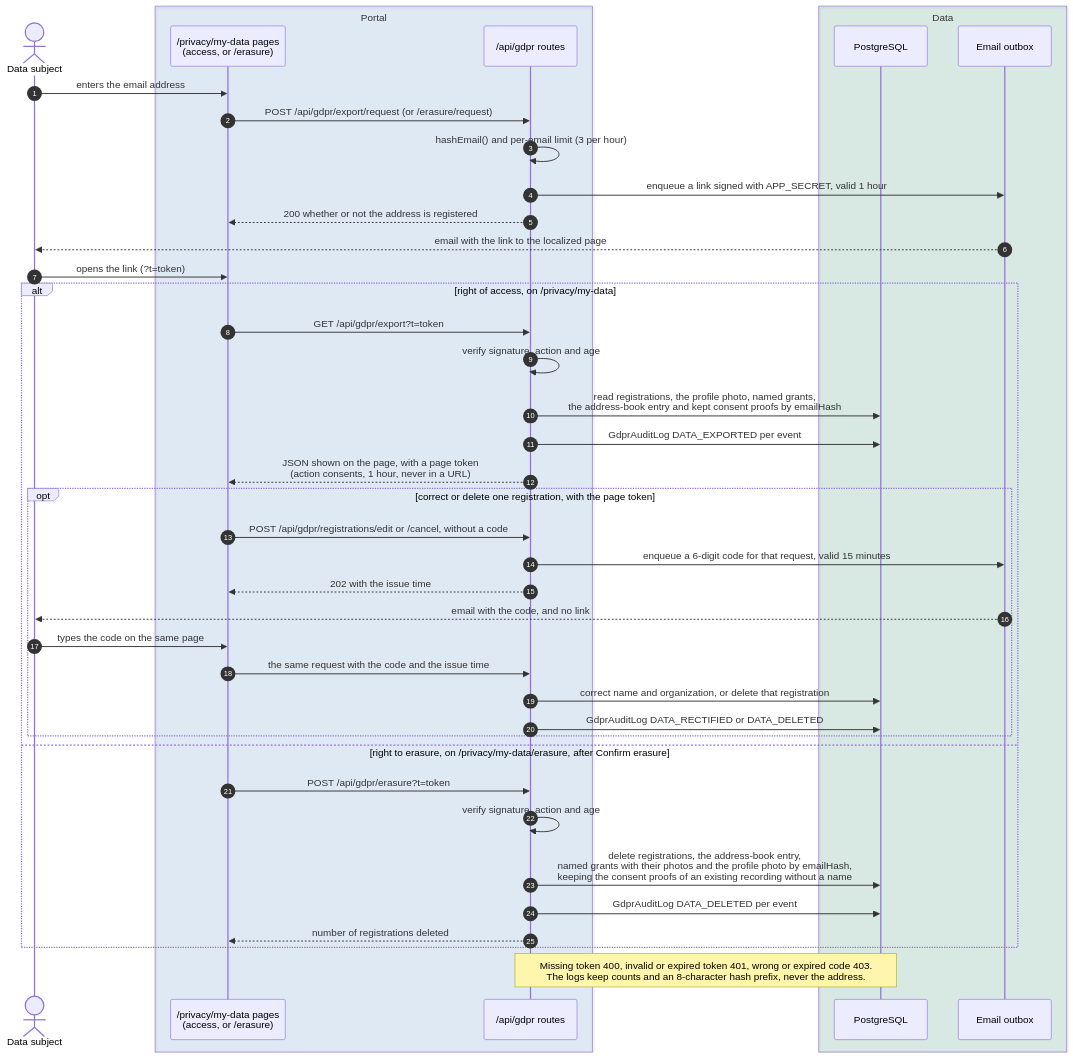
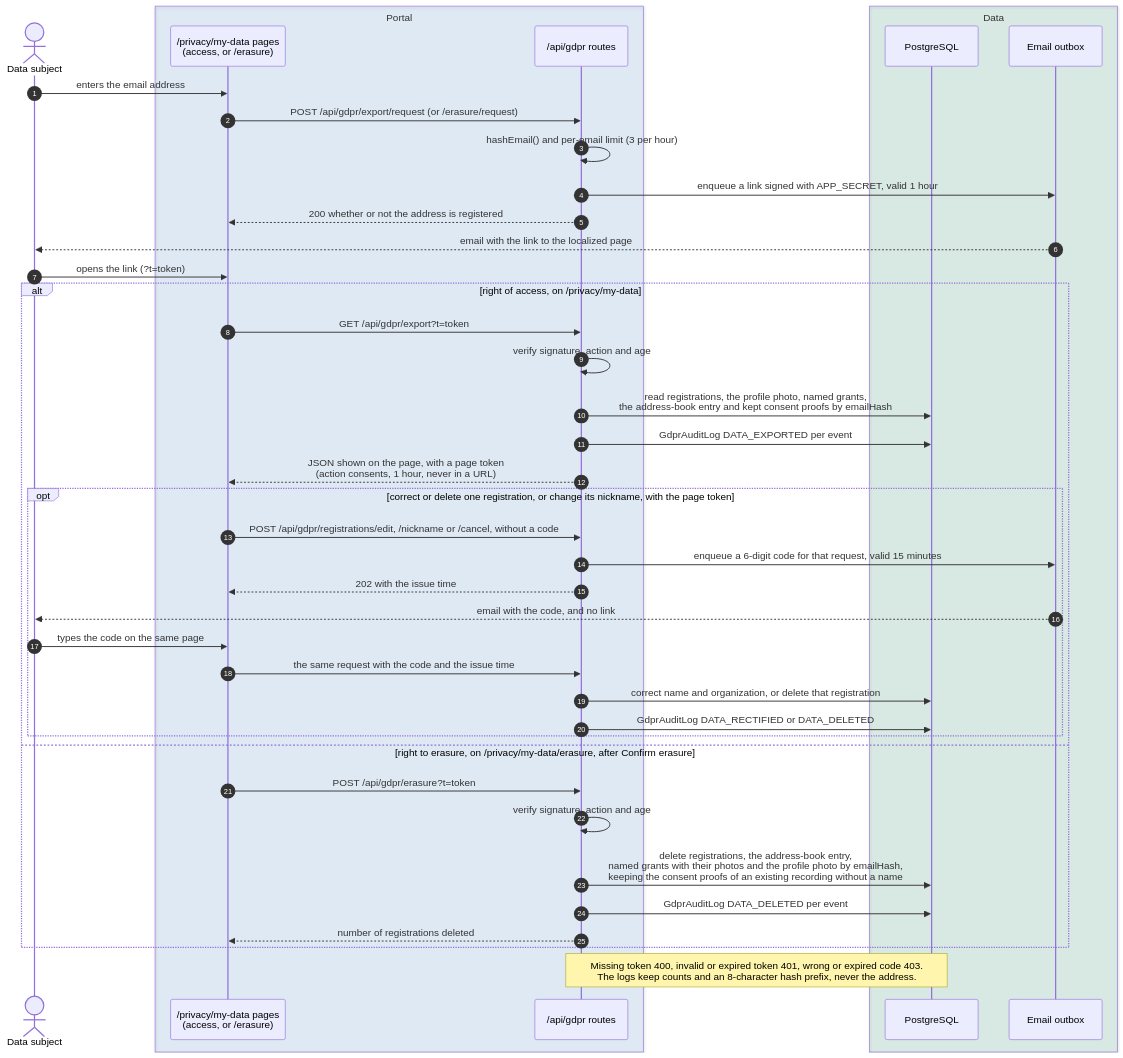
One commit to italia/pa-webinar changed the third of 3 diagrams in docs/GDPR.md. Above: the diagram before and after it, drawn with Mermaid. The commit also changed other lines of this file and 39 other files, not shown here.

````diff
--- a/docs/GDPR.md
+++ b/docs/GDPR.md
@@ -483,45 +483,45 @@
 ```mermaid
 sequenceDiagram
   autonumber
   actor P as Data subject
   box rgba(0,102,204,0.10) Portal
     participant W as /privacy/my-data pages<br/>(access, or /erasure)
     participant API as /api/gdpr routes
   end
   box rgba(0,128,85,0.12) Data
     participant DB as PostgreSQL
     participant OB as Email outbox
   end
 
   P->>W: enters the email address
   W->>API: POST /api/gdpr/export/request (or /erasure/request)
   API->>API: hashEmail() and per-email limit (3 per hour)
   API->>OB: enqueue a link signed with APP_SECRET, valid 1 hour
   API-->>W: 200 whether or not the address is registered
   OB-->>P: email with the link to the localized page
   P->>W: opens the link (?t=token)
   alt right of access, on /privacy/my-data
     W->>API: GET /api/gdpr/export?t=token
     API->>API: verify signature, action and age
     API->>DB: read registrations, the profile photo, named grants,<br/>the address-book entry and kept consent proofs by emailHash
     API->>DB: GdprAuditLog DATA_EXPORTED per event
     API-->>W: JSON shown on the page, with a page token<br/>(action consents, 1 hour, never in a URL)
-    opt correct or delete one registration, with the page token
-      W->>API: POST /api/gdpr/registrations/edit or /cancel, without a code
+    opt correct or delete one registration, or change its nickname, with the page token
+      W->>API: POST /api/gdpr/registrations/edit, /nickname or /cancel, without a code
       API->>OB: enqueue a 6-digit code for that request, valid 15 minutes
       API-->>W: 202 with the issue time
       OB-->>P: email with the code, and no link
       P->>W: types the code on the same page
       W->>API: the same request with the code and the issue time
       API->>DB: correct name and organization, or delete that registration
       API->>DB: GdprAuditLog DATA_RECTIFIED or DATA_DELETED
     end
   else right to erasure, on /privacy/my-data/erasure, after Confirm erasure
     W->>API: POST /api/gdpr/erasure?t=token
     API->>API: verify signature, action and age
     API->>DB: delete registrations, the address-book entry,<br/>named grants with their photos and the profile photo by emailHash,<br/>keeping the consent proofs of an existing recording without a name
     API->>DB: GdprAuditLog DATA_DELETED per event
     API-->>W: number of registrations deleted
   end
   Note over API,DB: Missing token 400, invalid or expired token 401, wrong or expired code 403.<br/>The logs keep counts and an 8-character hash prefix, never the address.
 ```
````
